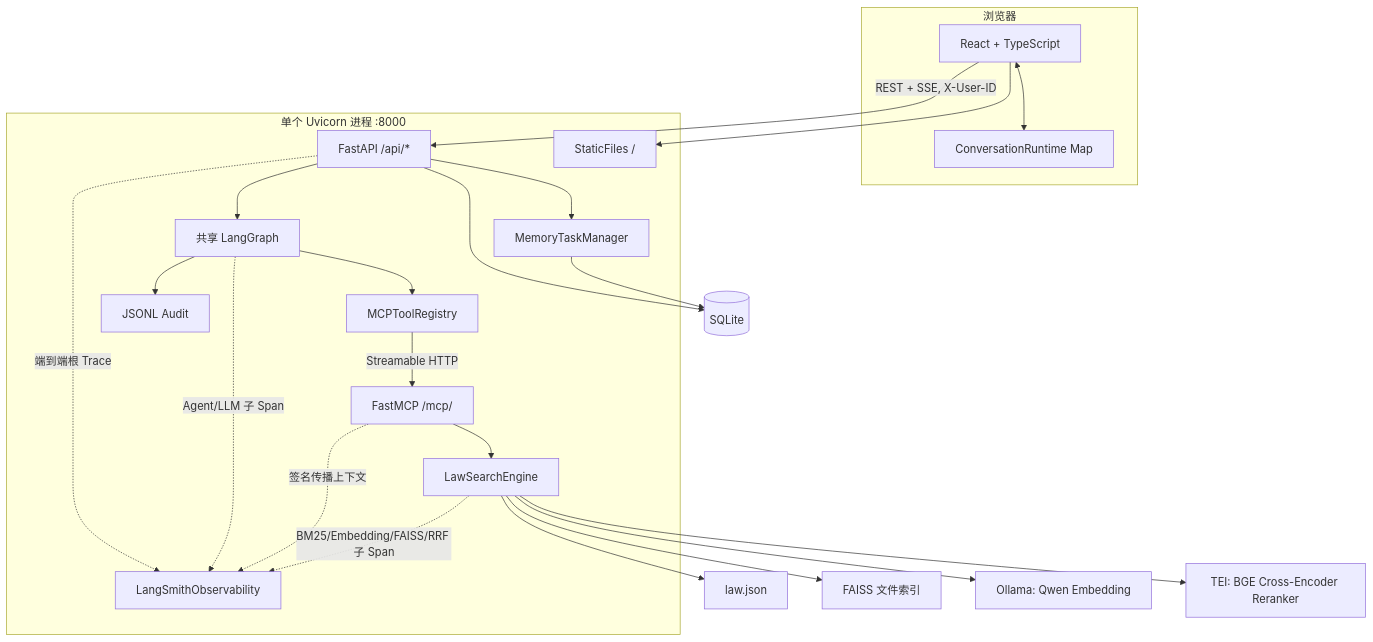
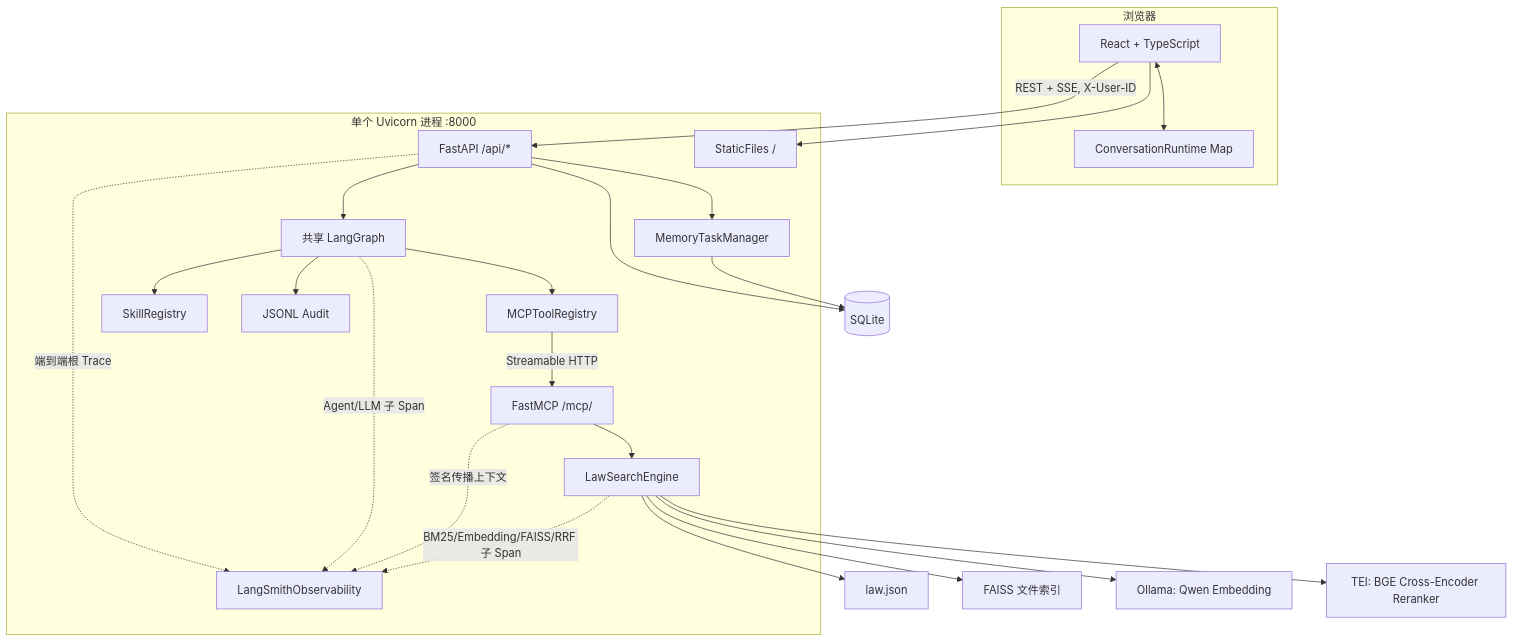
The first of 4 diagrams in resume/architecture.md (Vinn7/LawStation), drawn with Mermaid before and after one commit. The commit also changed other lines of this file and 37 other files, not shown here.

````diff
--- a/resume/architecture.md
+++ b/resume/architecture.md
@@ -19,39 +19,41 @@
 ```mermaid
 flowchart TB
     subgraph Browser["浏览器"]
         UI["React + TypeScript"]
         CACHE["ConversationRuntime Map"]
         UI <--> CACHE
     end
 
     subgraph Process["单个 Uvicorn 进程 :8000"]
         API["FastAPI /api/*"]
         STATIC["StaticFiles /"]
         MCP["FastMCP /mcp/"]
         GRAPH["共享 LangGraph"]
         REGISTRY["MCPToolRegistry"]
+        SKILLS["SkillRegistry"]
         MEMORY["MemoryTaskManager"]
         RAG["LawSearchEngine"]
         AUDIT["JSONL Audit"]
         OBS["LangSmithObservability"]
     end
 
     UI -->|"REST + SSE, X-User-ID"| API
     UI --> STATIC
     API --> GRAPH
+    GRAPH --> SKILLS
     GRAPH --> REGISTRY
     REGISTRY -->|"Streamable HTTP"| MCP
     MCP --> RAG
     API --> MEMORY
     API --> DB[("SQLite")]
     MEMORY --> DB
     GRAPH --> AUDIT
     API -. "端到端根 Trace" .-> OBS
     GRAPH -. "Agent/LLM 子 Span" .-> OBS
     MCP -. "签名传播上下文" .-> OBS
     RAG -. "BM25/Embedding/FAISS/RRF 子 Span" .-> OBS
     RAG --> LAW["law.json"]
     RAG --> INDEX["FAISS 文件索引"]
     RAG --> OLLAMA["Ollama: Qwen Embedding"]
     RAG --> TEI["TEI: BGE Cross-Encoder Reranker"]
 ```
````
